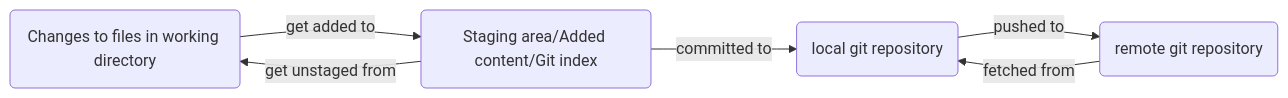
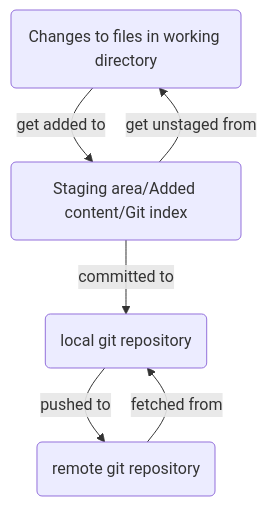
One commit to georgeowen1993/learn-git-the-hard-way changed the diagram in 1.core/diagrams/1.1.3.mermaid. Above: the diagram before and after it, drawn with Mermaid. The commit also changed 9 other files, not shown here.

```diff
--- a/1.core/diagrams/1.1.3.mermaid
+++ b/1.core/diagrams/1.1.3.mermaid
@@ -1,6 +1,6 @@
-graph LR
+graph TD
    A(Changes to files in working directory)-- get added to -->B(Staging area/Added content/Git index)
    B-- get unstaged from -->A
    B-- committed to -->C(local git repository)
    C-- pushed to -->D(remote git repository)
    D-- fetched from -->C
```
